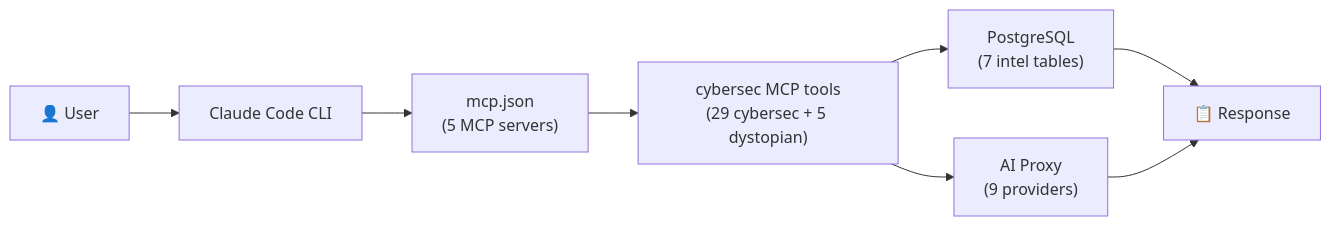
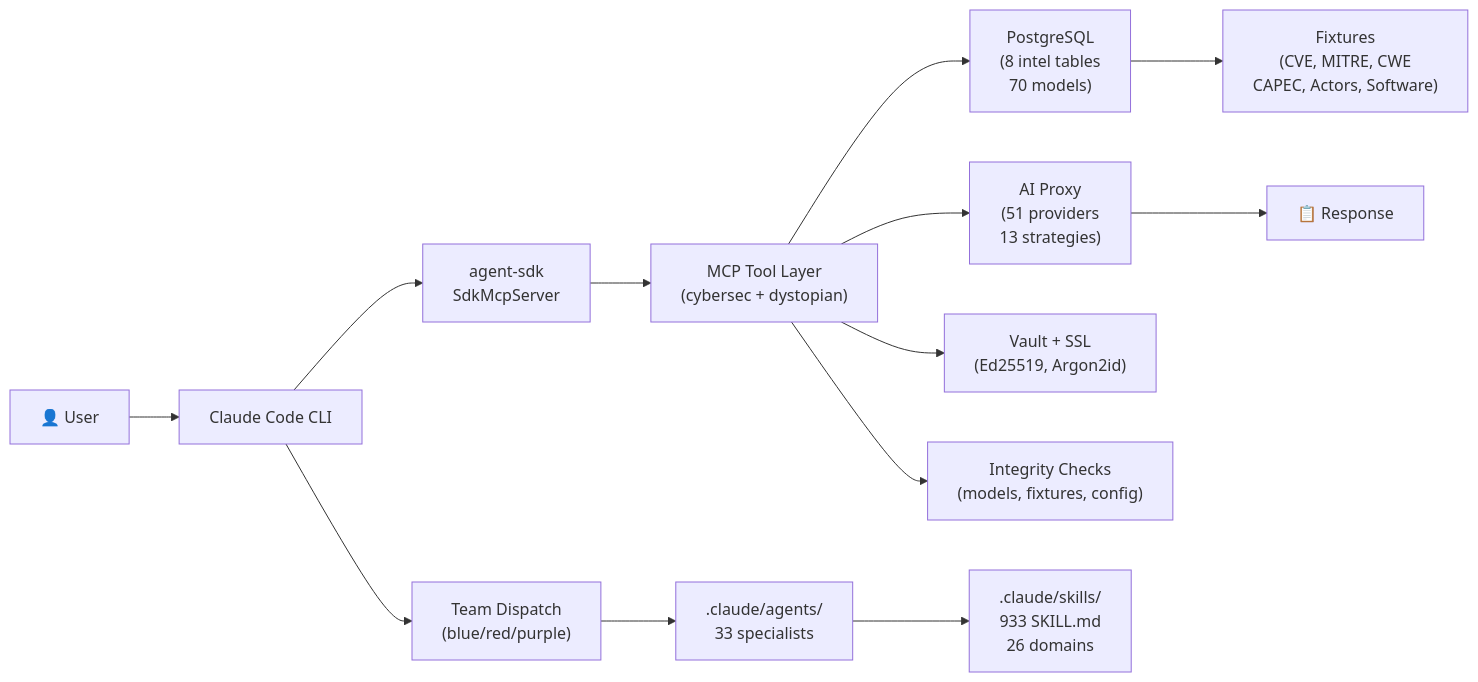
Before and after one commit to DCx7C5/cybersecsuite: the first of 2 diagrams in docs/architecture.md, drawn with Mermaid. The commit also changed other lines of this file and 21 other files, not shown here.

First line of the commit message:
Phase 7: vault, SSL CLI, CVE fixture, checks, providers, proposals

````diff
--- a/docs/architecture.md
+++ b/docs/architecture.md
@@ -239,10 +239,15 @@
 ```mermaid
 flowchart LR
     User["👤 User"] --> CLI["Claude Code CLI"]
-    CLI --> MCP["mcp.json\n(5 MCP servers)"]
-    MCP --> Tools["cybersec MCP tools\n(29 cybersec + 5 dystopian)"]
-    Tools --> DB["PostgreSQL\n(7 intel tables)"]
-    Tools --> AIProxy["AI Proxy\n(9 providers)"]
-    DB --> Response["📋 Response"]
-    AIProxy --> Response
+    CLI --> AgentSDK["agent-sdk\nSdkMcpServer"]
+    AgentSDK --> MCP["MCP Tool Layer\n(cybersec + dystopian)"]
+    MCP --> DB["PostgreSQL\n(8 intel tables\n70 models)"]
+    MCP --> AIProxy["AI Proxy\n(51 providers\n13 strategies)"]
+    MCP --> Crypto["Vault + SSL\n(Ed25519, Argon2id)"]
+    MCP --> Checks["Integrity Checks\n(models, fixtures, config)"]
+    DB --> Fixtures["Fixtures\n(CVE, MITRE, CWE\nCAPEC, Actors, Software)"]
+    AIProxy --> Response["📋 Response"]
+    CLI --> Teams["Team Dispatch\n(blue/red/purple)"]
+    Teams --> Agents[".claude/agents/\n33 specialists"]
+    Agents --> Skills[".claude/skills/\n933 SKILL.md\n26 domains"]
 ```
````
